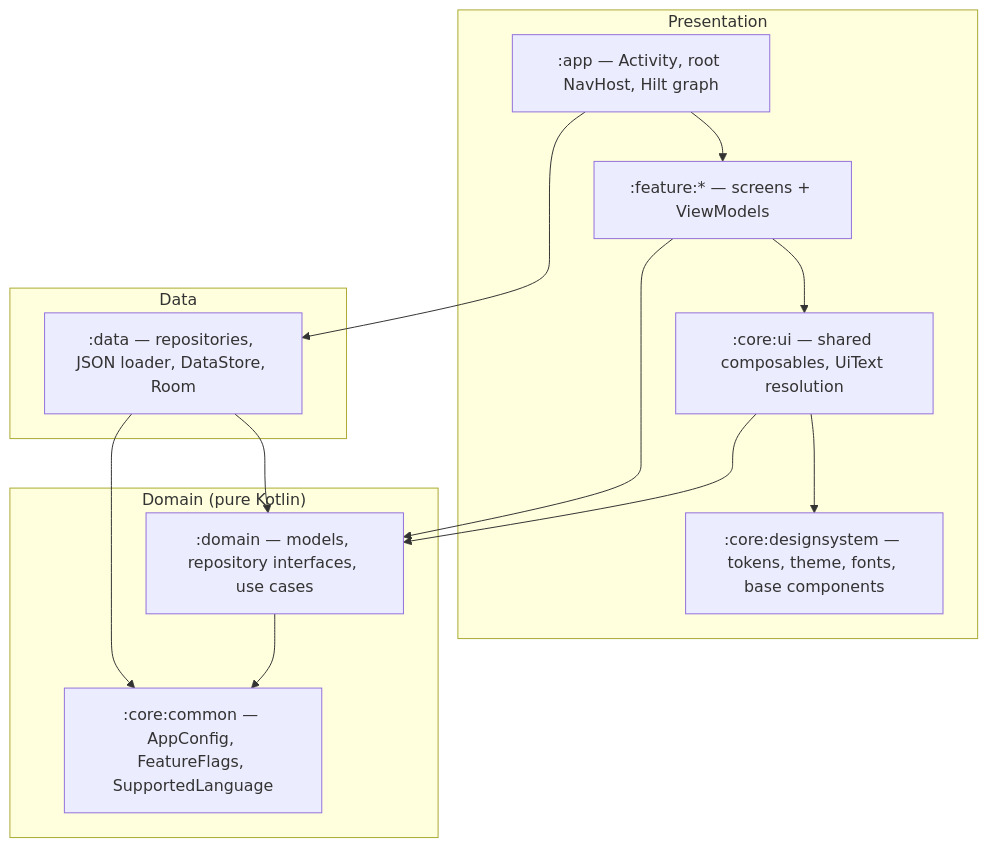
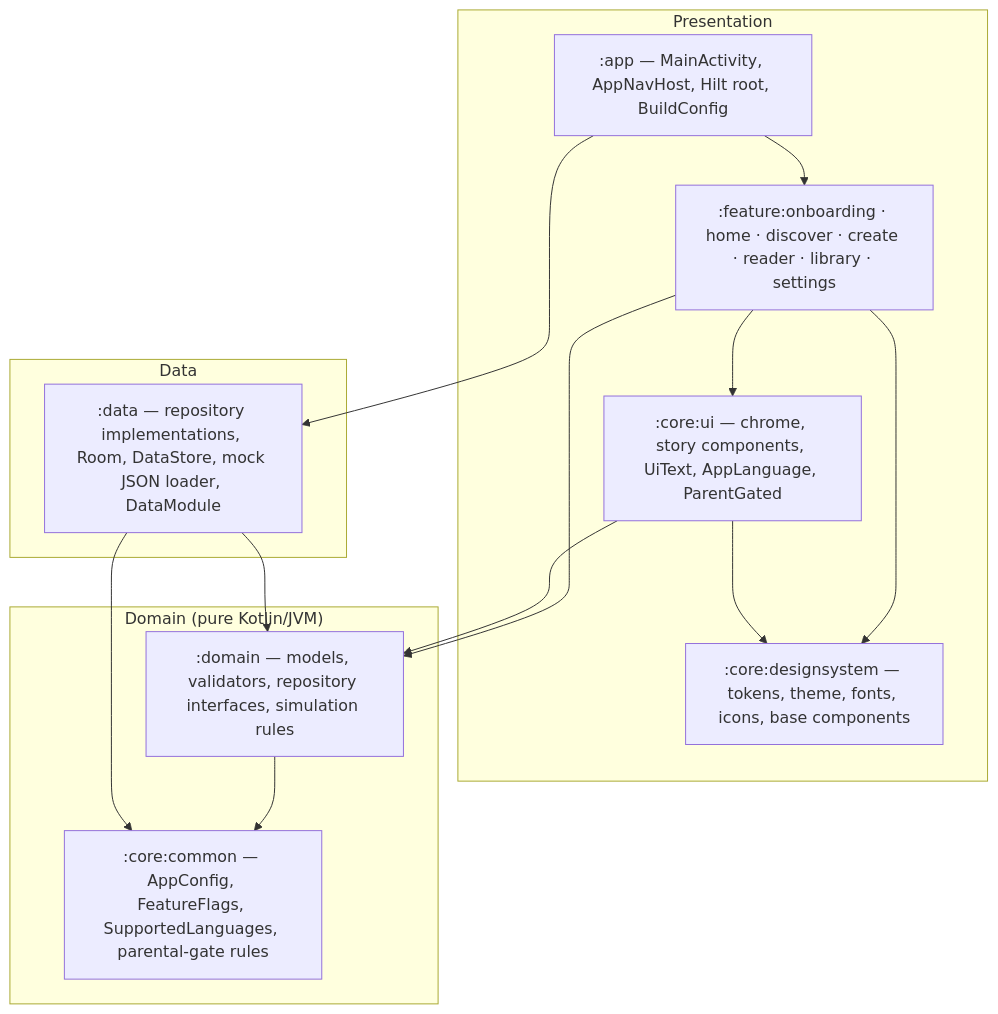
Before and after one commit to shivayogih/LittleStory: the second of 6 diagrams in docs/architecture/high-level-design.md, drawn with Mermaid. The commit also changed other lines of this file and 2 other files, not shown here.

First line of the commit message:
Add Android low-level design and update high-level design to the built app

````diff
--- a/docs/architecture/high-level-design.md
+++ b/docs/architecture/high-level-design.md
@@ -36,25 +43,26 @@
 ```mermaid
 flowchart TB
-    subgraph app_layer ["Presentation"]
-        appmod[":app — Activity, root NavHost, Hilt graph"]
-        features[":feature:* — screens + ViewModels"]
-        coreui[":core:ui — shared composables, UiText resolution"]
-        ds[":core:designsystem — tokens, theme, fonts, base components"]
+    subgraph presentation ["Presentation"]
+        app[":app — MainActivity, AppNavHost, Hilt root, BuildConfig"]
+        features[":feature:onboarding · home · discover · create · reader · library · settings"]
+        coreui[":core:ui — chrome, story components, UiText, AppLanguage, ParentGated"]
+        ds[":core:designsystem — tokens, theme, fonts, icons, base components"]
     end
-    subgraph domain_layer ["Domain (pure Kotlin)"]
-        domain[":domain — models, repository interfaces, use cases"]
-        common[":core:common — AppConfig, FeatureFlags, SupportedLanguage"]
+    subgraph domainlayer ["Domain (pure Kotlin/JVM)"]
+        domain[":domain — models, validators, repository interfaces, simulation rules"]
+        common[":core:common — AppConfig, FeatureFlags, SupportedLanguages, parental-gate rules"]
     end
-    subgraph data_layer ["Data"]
-        data[":data — repositories, JSON loader, DataStore, Room"]
+    subgraph datalayer ["Data"]
+        data[":data — repository implementations, Room, DataStore, mock JSON loader, DataModule"]
     end
-    appmod --> features
-    appmod --> data
+    app --> features
+    app --> data
     features --> coreui
+    features --> ds
     features --> domain
     coreui --> ds
     coreui --> domain
     domain --> common
     data --> domain
     data --> common
 ```
````
